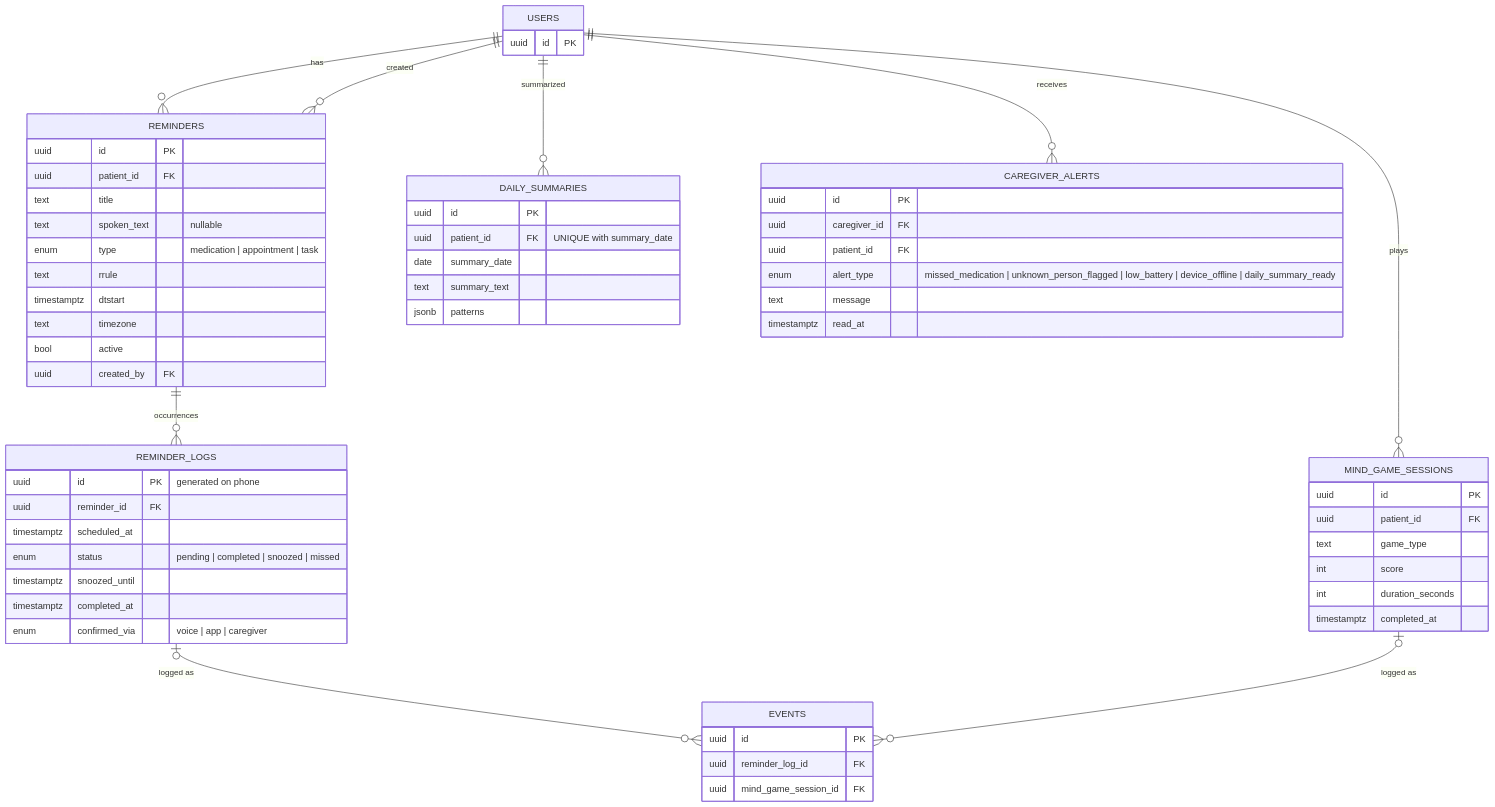
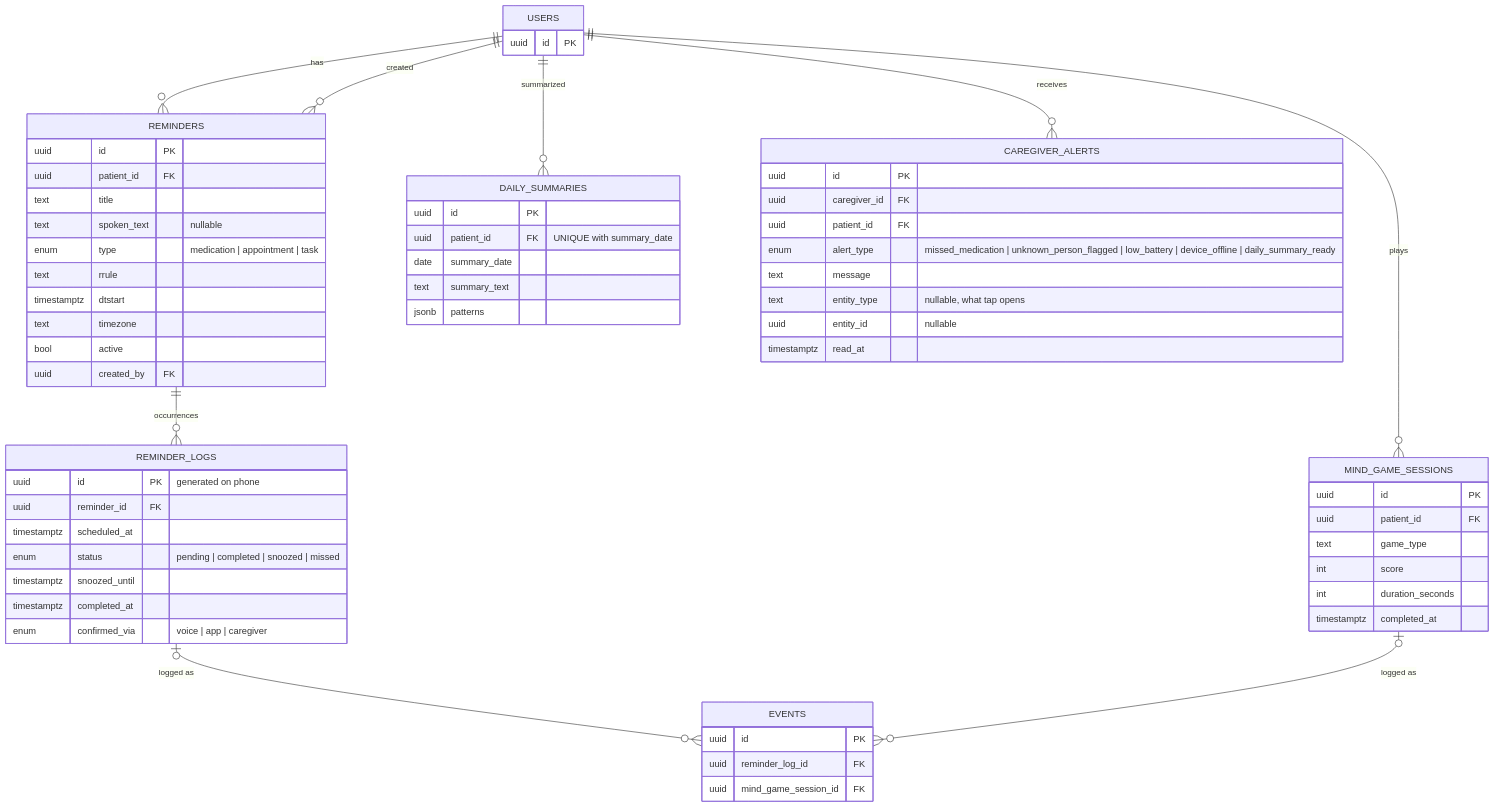
Before and after one commit to AhmedMostafaDev12/Graduation_project_2: the third of 3 diagrams in docs/diagrams/02-database-erd.md, drawn with Mermaid. The commit also changed other lines of this file and 3 other files, not shown here.

Commit message:
docs: D28 screen endpoints in spec, contract, UI brief, ERD and plan

````diff
--- a/docs/diagrams/02-database-erd.md
+++ b/docs/diagrams/02-database-erd.md
@@ -241,64 +242,66 @@
 ```mermaid
 erDiagram
     USERS {
         uuid id PK
     }
     EVENTS {
         uuid id PK
         uuid reminder_log_id FK
         uuid mind_game_session_id FK
     }
     REMINDERS {
         uuid id PK
         uuid patient_id FK
         text title
         text spoken_text "nullable"
         enum type "medication | appointment | task"
         text rrule
         timestamptz dtstart
         text timezone
         bool active
         uuid created_by FK
     }
     REMINDER_LOGS {
         uuid id PK "generated on phone"
         uuid reminder_id FK
         timestamptz scheduled_at
         enum status "pending | completed | snoozed | missed"
         timestamptz snoozed_until
         timestamptz completed_at
         enum confirmed_via "voice | app | caregiver"
     }
     MIND_GAME_SESSIONS {
         uuid id PK
         uuid patient_id FK
         text game_type
         int score
         int duration_seconds
         timestamptz completed_at
     }
     DAILY_SUMMARIES {
         uuid id PK
         uuid patient_id FK "UNIQUE with summary_date"
         date summary_date
         text summary_text
         jsonb patterns
     }
     CAREGIVER_ALERTS {
         uuid id PK
         uuid caregiver_id FK
         uuid patient_id FK
         enum alert_type "missed_medication | unknown_person_flagged | low_battery | device_offline | daily_summary_ready"
         text message
+        text entity_type "nullable, what tap opens"
+        uuid entity_id "nullable"
         timestamptz read_at
     }
 
     USERS ||--o{ REMINDERS : "has"
     USERS ||--o{ REMINDERS : "created"
     REMINDERS ||--o{ REMINDER_LOGS : "occurrences"
     REMINDER_LOGS |o--o{ EVENTS : "logged as"
     USERS ||--o{ MIND_GAME_SESSIONS : "plays"
     MIND_GAME_SESSIONS |o--o{ EVENTS : "logged as"
     USERS ||--o{ DAILY_SUMMARIES : "summarized"
     USERS ||--o{ CAREGIVER_ALERTS : "receives"
 ```
````
